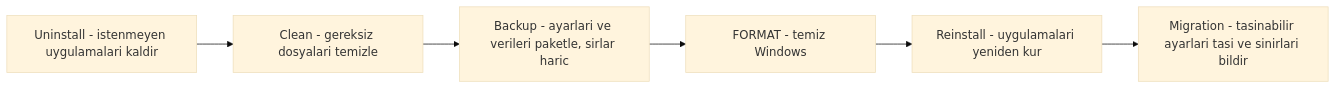
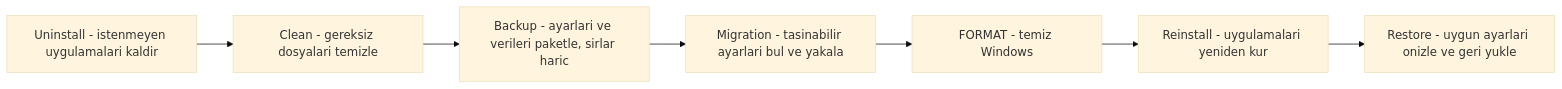
The diagram in README.tr.md (ydbilgin/windows-care-kit), drawn with Mermaid (base theme) before and after one commit. The commit also changed other lines of this file and 31 other files, not shown here.

````diff
--- a/README.tr.md
+++ b/README.tr.md
@@ -44,8 +46,9 @@
 ```mermaid
 flowchart LR
   U[Uninstall - istenmeyen uygulamalari kaldir] --> C[Clean - gereksiz dosyalari temizle]
   C --> B[Backup - ayarlari ve verileri paketle, sirlar haric]
-  B --> F[FORMAT - temiz Windows]
+  B --> M[Migration - tasinabilir ayarlari bul ve yakala]
+  M --> F[FORMAT - temiz Windows]
   F --> R[Reinstall - uygulamalari yeniden kur]
-  R --> M[Migration - tasinabilir ayarlari tasi ve sinirlari bildir]
+  R --> S[Restore - uygun ayarlari onizle ve geri yukle]
 ```
````
